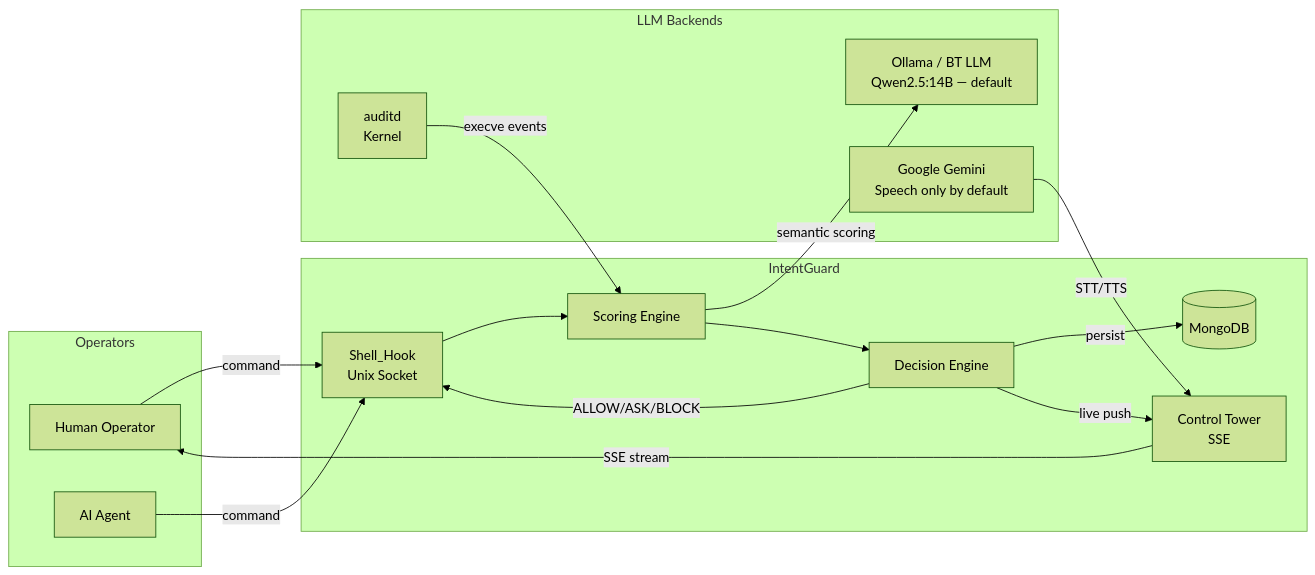
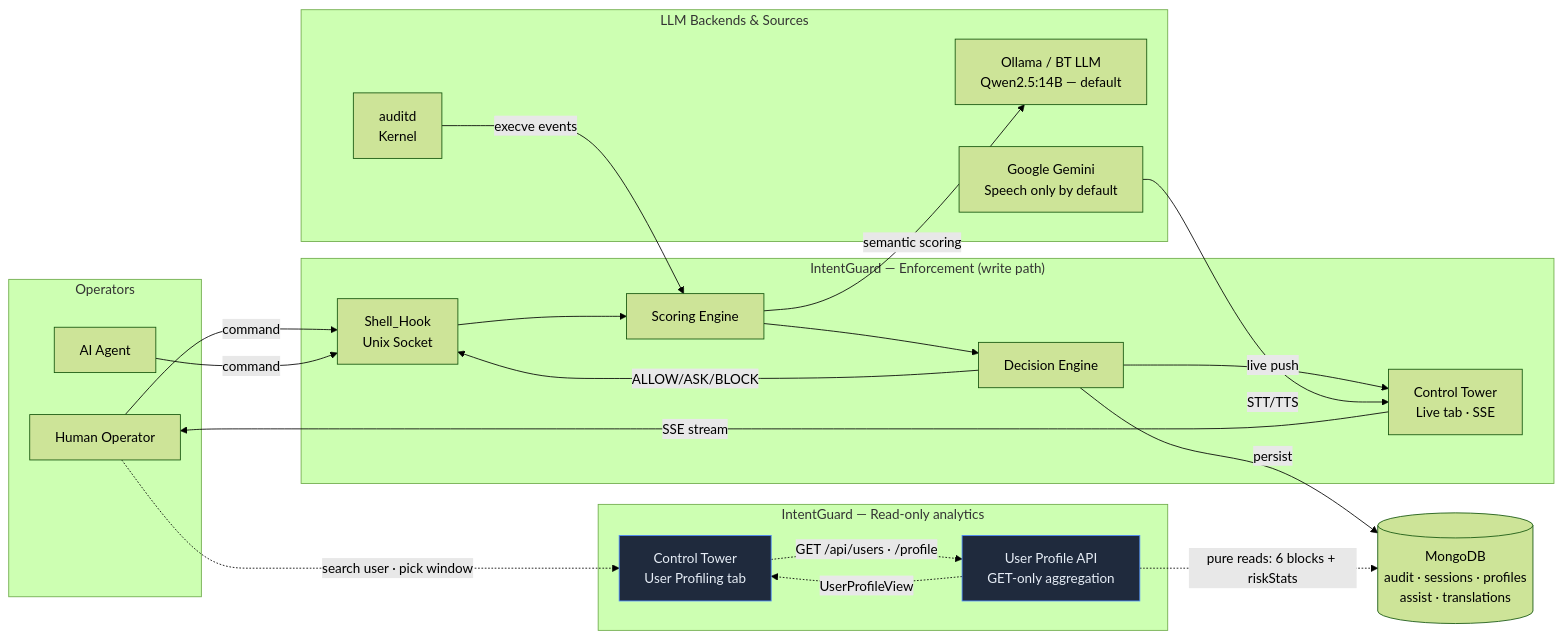
Before and after one commit to rachitGupta-ai/IntentGuard: the first of 28 diagrams in docs/product-design-and-execution-flow.md, drawn with Mermaid (forest theme). The commit also changed other lines of this file and 46 other files, not shown here.

First line of the commit message:
Add read-only User Profiling screen with per-user risk analytics

````diff
--- a/docs/product-design-and-execution-flow.md
+++ b/docs/product-design-and-execution-flow.md
@@ -61,33 +67,49 @@
 ```mermaid
 graph LR
     subgraph Operators
         H[Human Operator]
         A[AI Agent]
     end
 
-    subgraph IntentGuard
+    subgraph "IntentGuard — Enforcement (write path)"
         SH[Shell_Hook<br/>Unix Socket]
         SE[Scoring Engine]
         DE[Decision Engine]
-        CT[Control Tower<br/>SSE]
-        DB[(MongoDB)]
+        CT[Control Tower<br/>Live tab · SSE]
     end
 
-    subgraph LLM Backends
+    subgraph "IntentGuard — Read-only analytics"
+        UP[User Profile API<br/>GET-only aggregation]
+        UPT[Control Tower<br/>User Profiling tab]
+    end
+
+    DB[(MongoDB<br/>audit · sessions · profiles<br/>assist · translations)]
+
+    subgraph "LLM Backends & Sources"
         OLL[Ollama / BT LLM<br/>Qwen2.5:14B — default]
         GEM[Google Gemini<br/>Speech only by default]
         AUD[auditd<br/>Kernel]
     end
 
+    %% Enforcement (write) path — solid
     H -->|command| SH
     A -->|command| SH
     SH --> SE
     SE -->|semantic scoring| OLL
     SE --> DE
     DE -->|ALLOW/ASK/BLOCK| SH
     DE -->|persist| DB
     DE -->|live push| CT
     AUD -->|execve events| SE
     CT -->|SSE stream| H
     GEM -->|STT/TTS| CT
+
+    %% Read-only profiling path — dashed; reads only, never enforces
+    H -.->|search user · pick window| UPT
+    UPT -.->|GET /api/users · /profile| UP
+    UP -.->|pure reads: 6 blocks + riskStats| DB
+    UP -.->|UserProfileView| UPT
+
+    style UP fill:#1f2a3d,stroke:#4f8cff,color:#e6edf6
+    style UPT fill:#1f2a3d,stroke:#4f8cff,color:#e6edf6
 ```
````
